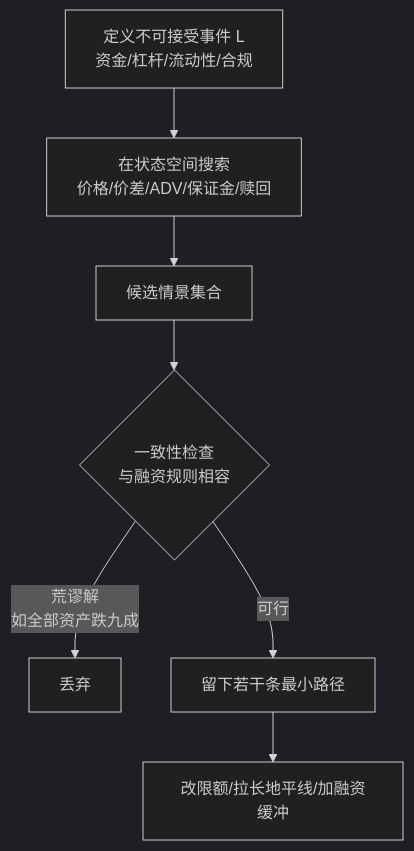
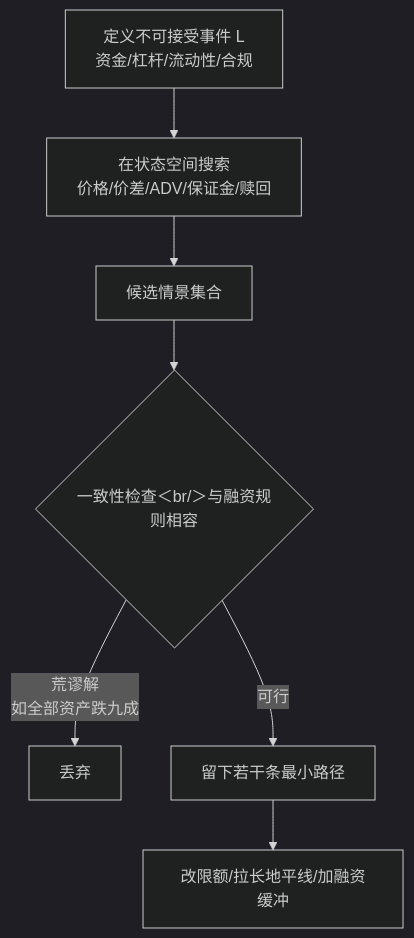
One commit to xhongduo-tech/xhongduo-tech.github.io changed the first of 2 diagrams in docs/quant/stress-reverse-stress.md. Above: the diagram before and after it, drawn with Mermaid (dark theme). The commit also changed 291 other files, not shown here.

Commit message:
Normalize lesson titles to tree names and repair mermaid arrow/quote syntax site-wide.

````diff
--- a/docs/quant/stress-reverse-stress.md
+++ b/docs/quant/stress-reverse-stress.md
@@ -40,9 +40,9 @@
 ```mermaid
 flowchart TD
   L0["定义不可接受事件 L<br/>资金/杠杆/流动性/合规"] --> SE["在状态空间搜索<br/>价格/价差/ADV/保证金/赎回"]
   SE --> CAND["候选情景集合"]
-  CAND --> CHK{"一致性检查<br/>与融资规则相容"}
+  CAND --> CHK{"一致性检查＜br/＞与融资规则相容"}
   CHK -- "荒谬解<br/>如全部资产跌九成" --> DROP["丢弃"]
   CHK -- "可行" --> MIN["留下若干条最小路径"]
   MIN --> ACT["改限额/拉长地平线/加融资缓冲"]
 ```
````
